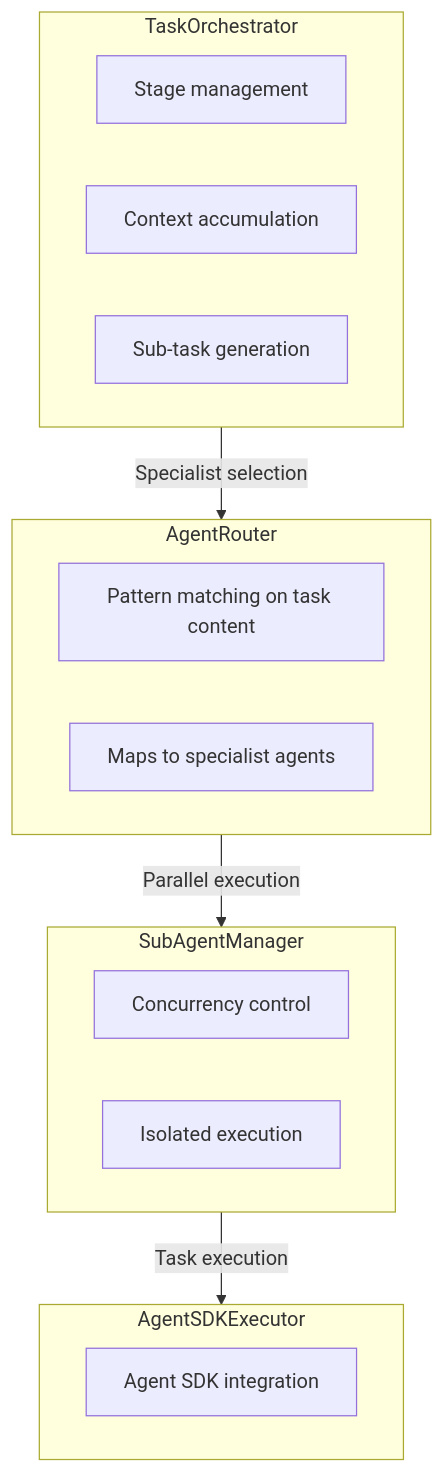
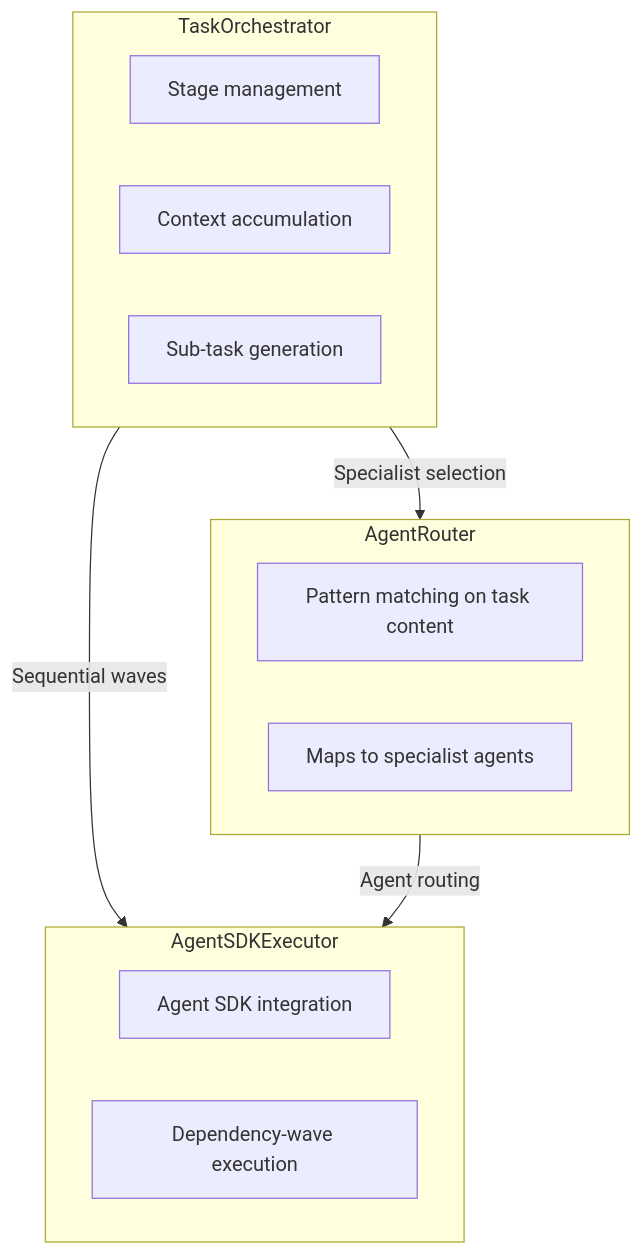
One commit to roboticforce/sugar changed the second of 4 diagrams in docs/task_orchestration.md. Above: the diagram before and after it, drawn with Mermaid. The commit also changed other lines of this file and 4 other files, not shown here.

````diff
--- a/docs/task_orchestration.md
+++ b/docs/task_orchestration.md
@@ -67,26 +67,22 @@
 ```mermaid
 flowchart TB
     subgraph Orchestrator["TaskOrchestrator"]
         O1["Stage management"]
         O2["Context accumulation"]
         O3["Sub-task generation"]
     end
 
     subgraph Router["AgentRouter"]
         R1["Pattern matching on task content"]
         R2["Maps to specialist agents"]
     end
 
-    subgraph Manager["SubAgentManager"]
-        M1["Concurrency control"]
-        M2["Isolated execution"]
-    end
-
     subgraph Executor["AgentSDKExecutor"]
         E1["Agent SDK integration"]
+        E2["Dependency-wave execution"]
     end
 
     Orchestrator -->|"Specialist selection"| Router
-    Router -->|"Parallel execution"| Manager
-    Manager -->|"Task execution"| Executor
+    Orchestrator -->|"Sequential waves"| Executor
+    Router -->|"Agent routing"| Executor
 ```
````
